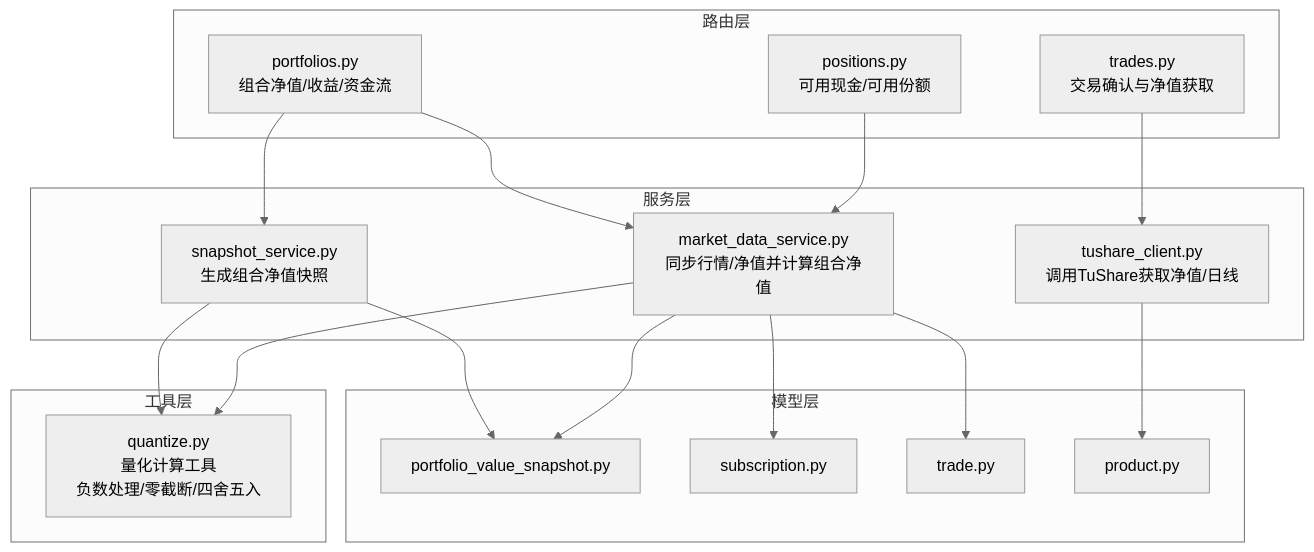
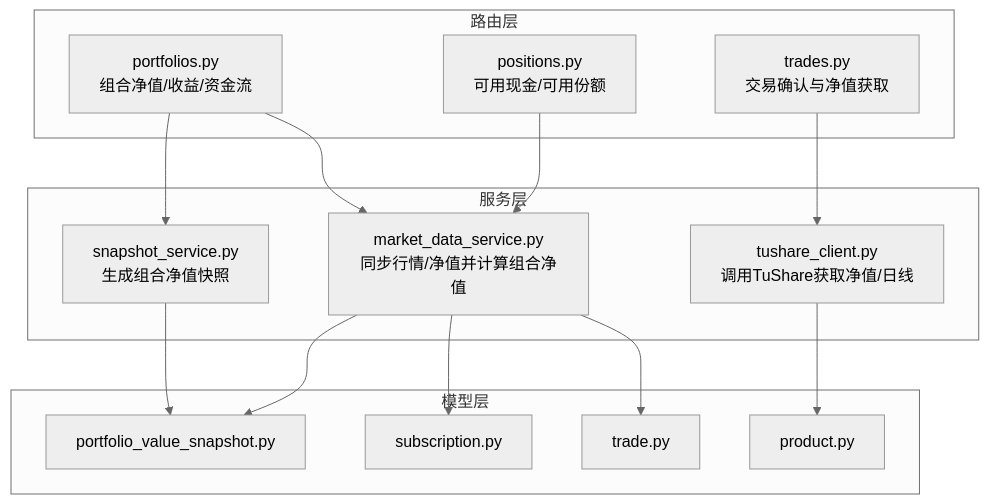
The first of 8 diagrams in .qoder/repowiki/zh/content/数据库设计/核心计算公式.md (gujialind/InvestRing), drawn with Mermaid (neutral theme) before and after one commit. The commit also changed other lines of this file and 65 other files, not shown here.

````diff
--- a/.qoder/repowiki/zh/content/数据库设计/核心计算公式.md
+++ b/.qoder/repowiki/zh/content/数据库设计/核心计算公式.md
@@ -61,33 +49,28 @@
 ```mermaid
 graph TB
 subgraph "路由层"
 R1["portfolios.py<br/>组合净值/收益/资金流"]
 R2["positions.py<br/>可用现金/可用份额"]
 R3["trades.py<br/>交易确认与净值获取"]
 end
 subgraph "服务层"
 S1["snapshot_service.py<br/>生成组合净值快照"]
 S2["market_data_service.py<br/>同步行情/净值并计算组合净值"]
 S3["tushare_client.py<br/>调用TuShare获取净值/日线"]
-end
-subgraph "工具层"
-U1["quantize.py<br/>量化计算工具<br/>负数处理/零截断/四舍五入"]
 end
 subgraph "模型层"
 M1["portfolio_value_snapshot.py"]
 M2["subscription.py"]
 M3["trade.py"]
 M4["product.py"]
 end
 R1 --> S1
 R1 --> S2
 R2 --> S2
 R3 --> S3
 S1 --> M1
 S2 --> M1
 S2 --> M2
 S2 --> M3
 S3 --> M4
-S1 --> U1
-S2 --> U1
 ```
````
